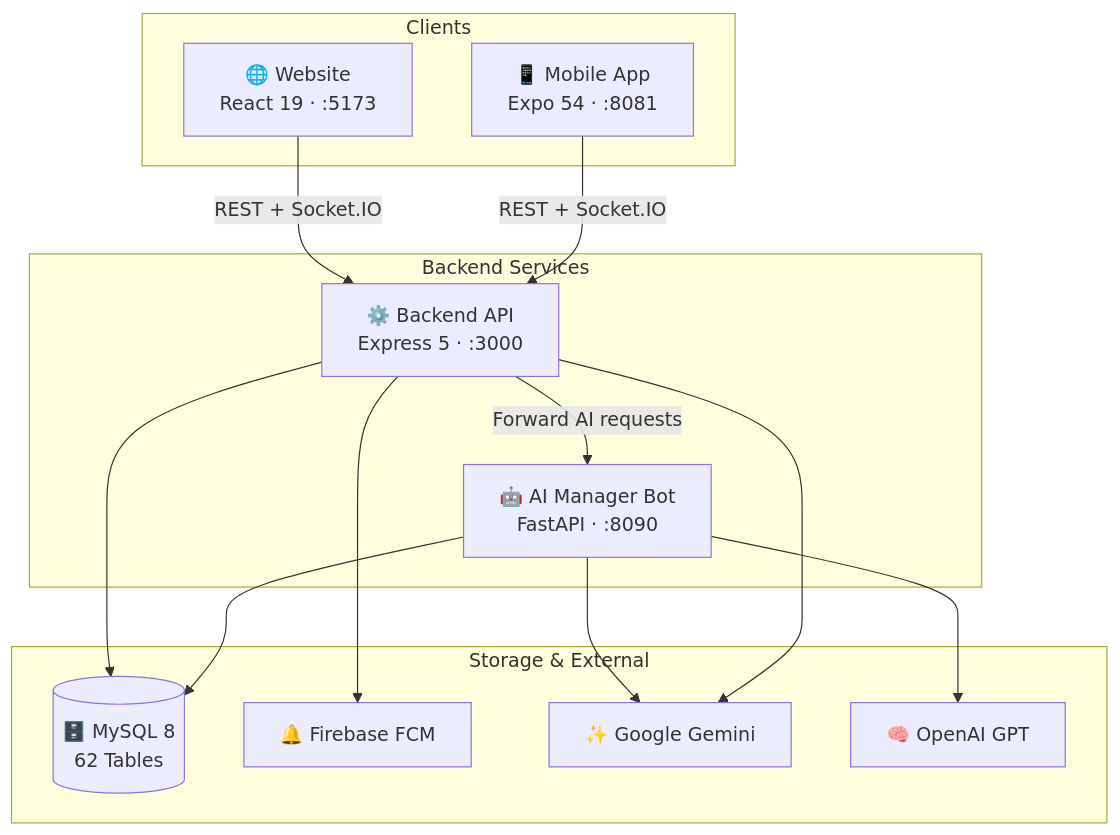
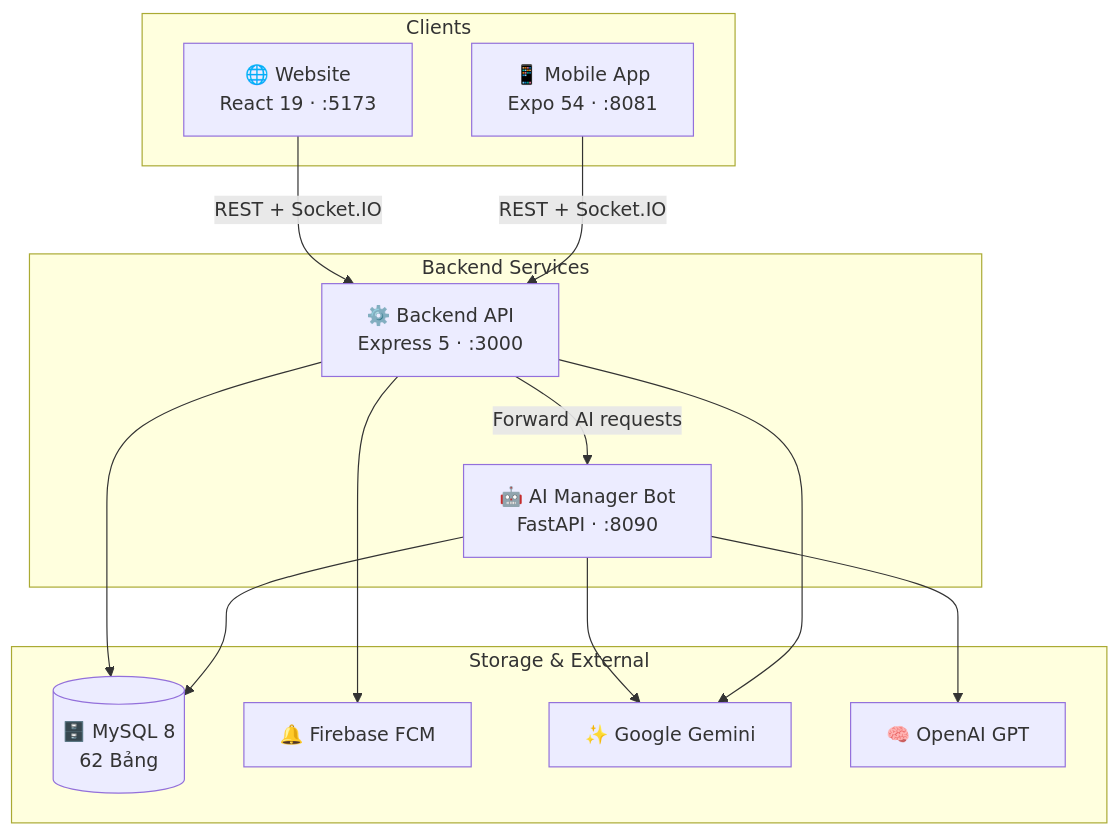
The diagram in README.md (Minh2244/TravelCheckinApp), drawn with Mermaid before and after one commit. The commit also changed other lines of this file, not shown here.

````diff
--- a/README.md
+++ b/README.md
@@ -66,29 +67,29 @@
 ```mermaid
 graph TB
-    subgraph Clients
+    subgraph Clients["Clients"]
         W[🌐 Website<br/>React 19 · :5173]
         M[📱 Mobile App<br/>Expo 54 · :8081]
     end
 
     subgraph Backend["Backend Services"]
         B[⚙️ Backend API<br/>Express 5 · :3000]
         AI[🤖 AI Manager Bot<br/>FastAPI · :8090]
     end
 
     subgraph Storage["Storage & External"]
-        DB[(🗄️ MySQL 8<br/>62 Tables)]
+        DB[(🗄️ MySQL 8<br/>62 Bảng)]
         FCM[🔔 Firebase FCM]
         GEMINI[✨ Google Gemini]
         GPT[🧠 OpenAI GPT]
     end
 
     W -- REST + Socket.IO --> B
     M -- REST + Socket.IO --> B
     B -- Forward AI requests --> AI
     B --> DB
     AI --> DB
     AI --> GEMINI
     AI --> GPT
     B --> FCM
     B --> GEMINI
 ```
````
